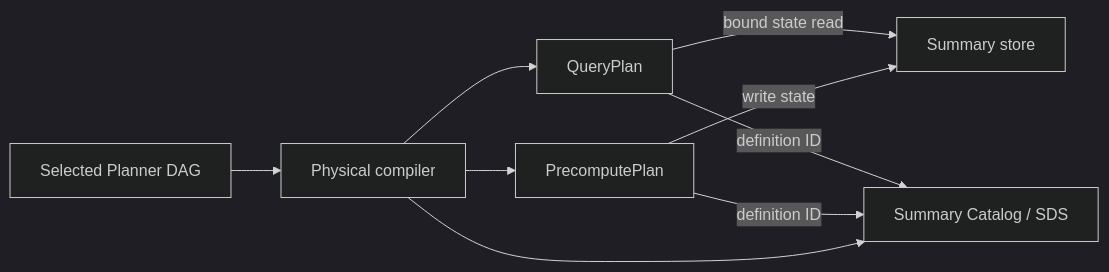
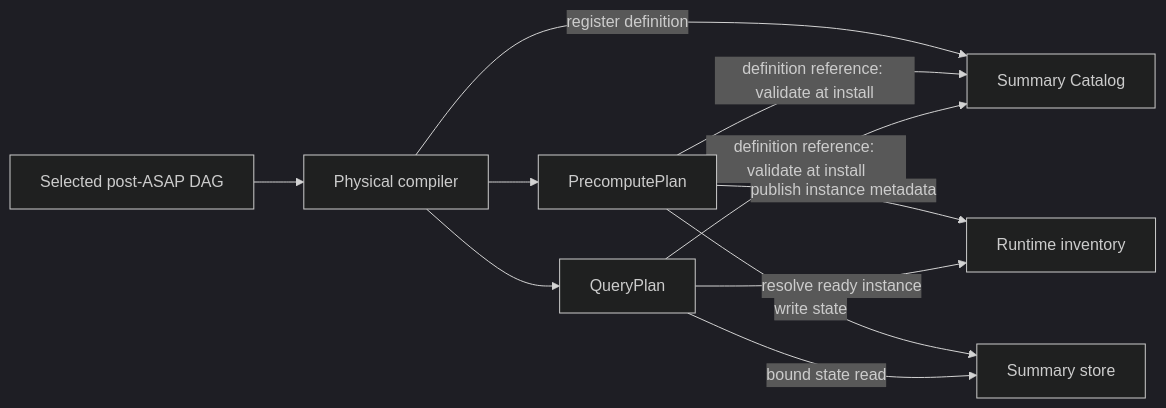
The diagram in docs/design_docs/asapplanner-integration.md (ProjectASAP/ASAPQuery-backend), drawn with Mermaid (dark theme) before and after one commit. The commit also changed other lines of this file and 1 other file, not shown here.

Commit message:
docs: align integration diagram with SDS ownership

````diff
--- a/docs/design_docs/asapplanner-integration.md
+++ b/docs/design_docs/asapplanner-integration.md
@@ -48,11 +48,13 @@
 ```mermaid
 flowchart LR
-  D[Selected Planner DAG] --> C[Physical compiler]
+  D[Selected post-ASAP DAG] --> C[Physical compiler]
   C --> P[PrecomputePlan]
-  C --> S[Summary Catalog / SDS]
+  C -->|register definition| S[Summary Catalog]
   C --> Q[QueryPlan]
+  P -->|definition reference: validate at install| S
+  Q -->|definition reference: validate at install| S
+  P -->|publish instance metadata| I[Runtime inventory]
   P -->|write state| Store[Summary store]
+  Q -->|resolve ready instance| I
   Q -->|bound state read| Store
-  P -->|definition ID| S
-  Q -->|definition ID| S
 ```
````
